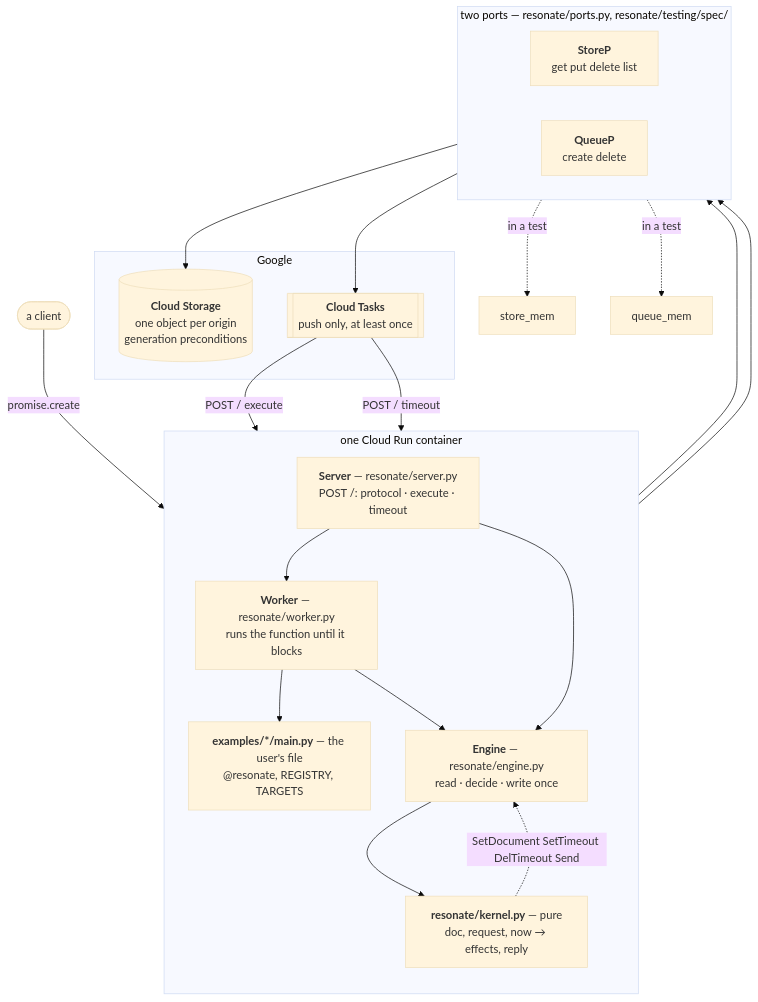
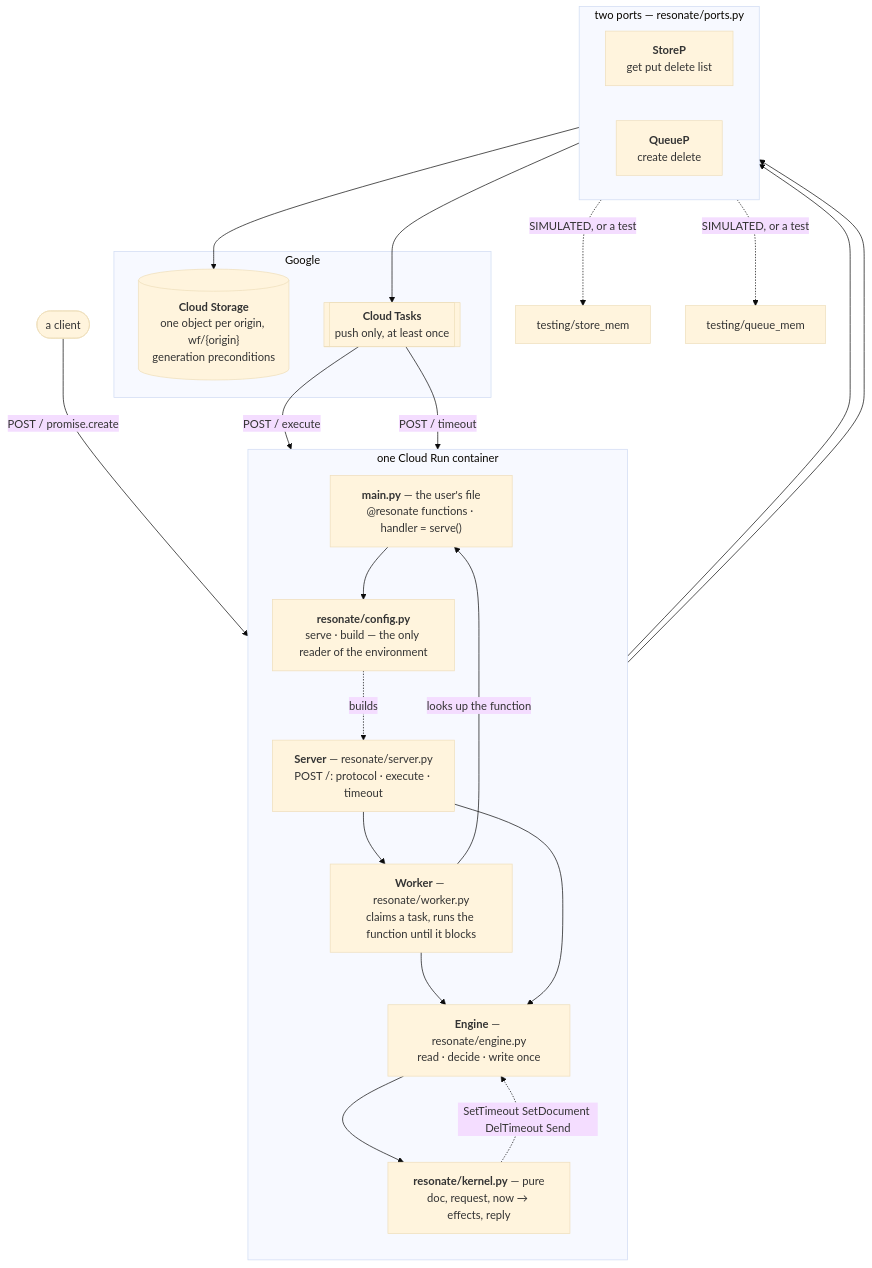
One commit to resonatehq/durable-execution changed the diagram in code/final/ARCHITECTURE.md. Above: the diagram before and after it, drawn with Mermaid (base theme). The commit also changed other lines of this file and 8 other files, not shown here.

First line of the commit message:
Bring ARCHITECTURE, SEQUENCE, examples and live scripts up to date

````diff
--- a/code/final/ARCHITECTURE.md
+++ b/code/final/ARCHITECTURE.md
@@ -9,43 +9,46 @@
 ```mermaid
 flowchart TB
     client(["a client"])
 
     subgraph container["one Cloud Run container"]
         direction TB
+        app["<b>main.py</b> — the user's file<br/>@resonate functions · handler = serve()"]
+        config["<b>resonate/config.py</b><br/>serve · build — the only reader of the environment"]
         routes["<b>Server</b> — resonate/server.py<br/>POST /: protocol · execute · timeout"]
-        worker["<b>Worker</b> — resonate/worker.py<br/>runs the function until it blocks"]
-        app["<b>examples/*/main.py</b> — the user's file<br/>@resonate, REGISTRY, TARGETS"]
+        worker["<b>Worker</b> — resonate/worker.py<br/>claims a task, runs the function until it blocks"]
         engine["<b>Engine</b> — resonate/engine.py<br/>read · decide · write once"]
         kernel["<b>resonate/kernel.py</b> — pure<br/>doc, request, now → effects, reply"]
     end
 
-    subgraph ports["two ports — resonate/ports.py, resonate/testing/spec/"]
+    subgraph ports["two ports — resonate/ports.py"]
         direction LR
         store["<b>StoreP</b><br/>get put delete list"]
         queue["<b>QueueP</b><br/>create delete"]
     end
 
     subgraph google["Google"]
-        gcs[("<b>Cloud Storage</b><br/>one object per origin<br/>generation preconditions")]
+        gcs[("<b>Cloud Storage</b><br/>one object per origin, wf/{origin}<br/>generation preconditions")]
         tasks[["<b>Cloud Tasks</b><br/>push only, at least once"]]
     end
 
-    client -->|"promise.create"| routes
+    app --> config
+    config -.->|"builds"| routes
+    client -->|"POST / promise.create"| routes
     routes --> worker
-    worker --> app
+    worker -->|"looks up the function"| app
     worker --> engine
     routes --> engine
     engine --> kernel
-    kernel -.->|"SetDocument SetTimeout DelTimeout Send"| engine
+    kernel -.->|"SetTimeout SetDocument DelTimeout Send"| engine
 
     engine --> store
     engine --> queue
     store --> gcs
     queue --> tasks
 
     tasks -->|"POST / execute"| routes
     tasks -->|"POST / timeout"| routes
 
-    store -.->|"in a test"| storemem["store_mem"]
-    queue -.->|"in a test"| queuemem["queue_mem"]
+    store -.->|"SIMULATED, or a test"| storemem["testing/store_mem"]
+    queue -.->|"SIMULATED, or a test"| queuemem["testing/queue_mem"]
 ```
````
